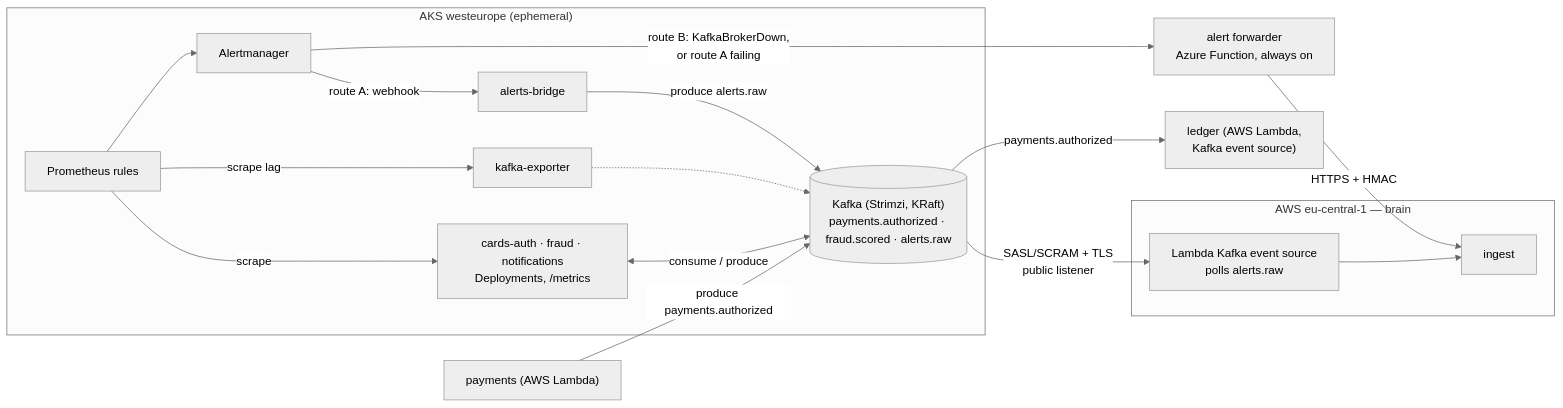
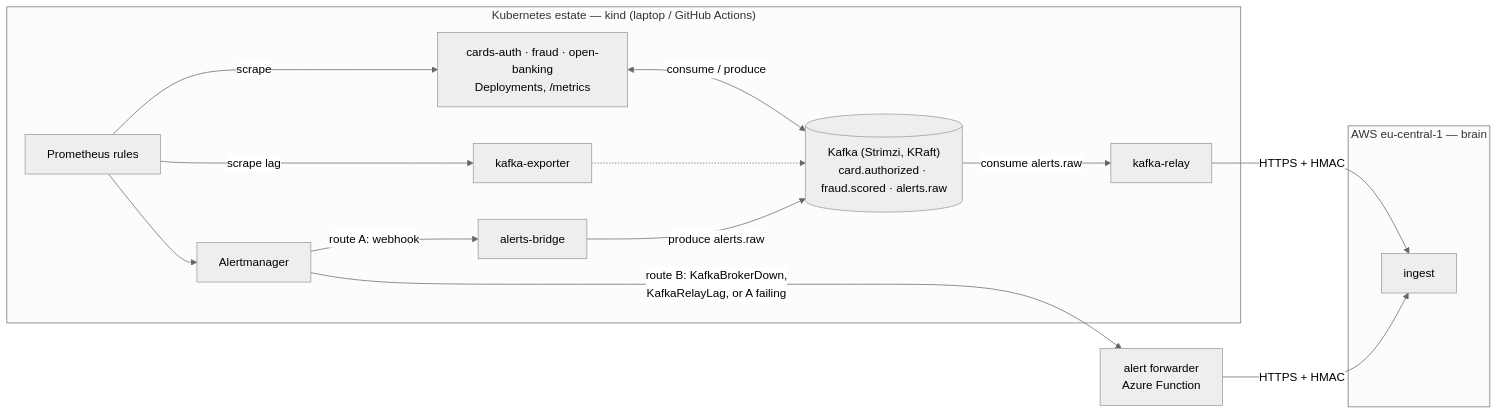
Before and after one commit to KucherenkoSerhiy/oncall-triage: the third of 5 diagrams in docs/DESIGN.md, drawn with Mermaid (neutral theme). The commit also changed other lines of this file, not shown here.

First line of the commit message:
docs: design v2 - Kubernetes estate on kind (laptop + GitHub Actions), pipelines section, the-20% summary

````diff
--- a/docs/DESIGN.md
+++ b/docs/DESIGN.md
@@ -181,26 +238,26 @@
 ```mermaid
 flowchart LR
-  subgraph AKS["AKS westeurope (ephemeral)"]
-    SVC["cards-auth · fraud · notifications<br/>Deployments, /metrics"]
+  subgraph KIND["Kubernetes estate — kind (laptop / GitHub Actions)"]
+    SVC["cards-auth · fraud · open-banking<br/>Deployments, /metrics"]
     KX["kafka-exporter"]
-    K[("Kafka (Strimzi, KRaft)<br/>payments.authorized · fraud.scored · alerts.raw")]
+    K[("Kafka (Strimzi, KRaft)<br/>card.authorized · fraud.scored · alerts.raw")]
     PR["Prometheus rules"]
     AM["Alertmanager"]
     BR["alerts-bridge"]
+    RL["kafka-relay"]
     SVC <-->|consume / produce| K
     PR -->|scrape| SVC
     PR -->|scrape lag| KX
     KX -.-> K
     PR --> AM
     AM -->|route A: webhook| BR -->|produce alerts.raw| K
+    K -->|consume alerts.raw| RL
   end
-  FWD["alert forwarder<br/>Azure Function, always on"]
-  AM -->|"route B: KafkaBrokerDown,<br/>or route A failing"| FWD
+  FWD["alert forwarder<br/>Azure Function"]
+  AM -->|"route B: KafkaBrokerDown,<br/>KafkaRelayLag, or A failing"| FWD
   subgraph AWSB["AWS eu-central-1 — brain"]
-    ESM["Lambda Kafka event source<br/>polls alerts.raw"] --> IN["ingest"]
+    IN["ingest"]
   end
+  RL -->|HTTPS + HMAC| IN
   FWD -->|HTTPS + HMAC| IN
-  K -->|"SASL/SCRAM + TLS<br/>public listener"| ESM
-  PAY["payments (AWS Lambda)"] -->|produce payments.authorized| K
-  K -->|payments.authorized| LED["ledger (AWS Lambda,<br/>Kafka event source)"]
 ```
````
